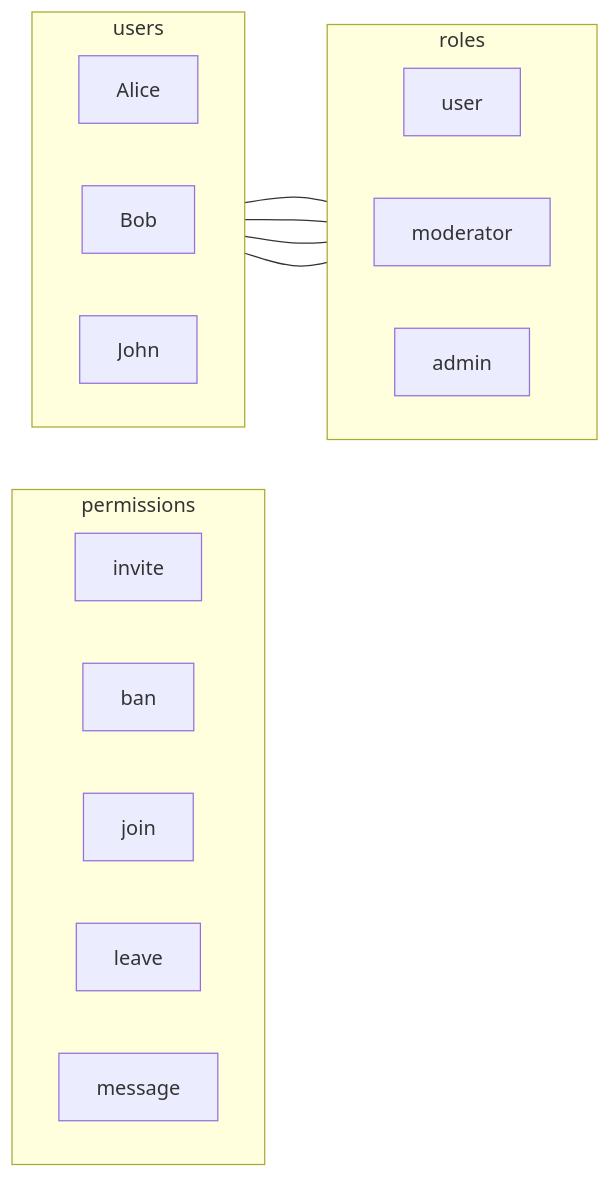
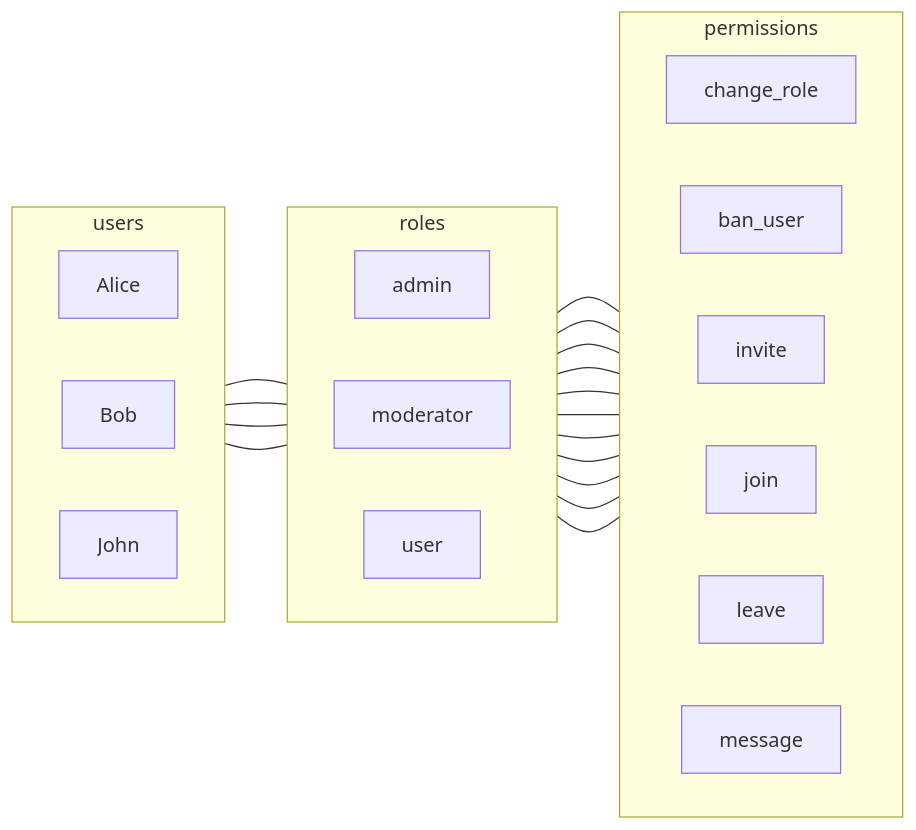
Before and after one commit to DigonIO/pypermission: the diagram in docs/diagrams/introduction_graph.mmd, drawn with Mermaid. The commit also changed 5 other files, not shown here.

Commit message:
extend documentation, theme and mermaid

```diff
--- a/docs/diagrams/introduction_graph.mmd
+++ b/docs/diagrams/introduction_graph.mmd
@@ -1,25 +1,28 @@
 flowchart LR
     subgraph permissions
         direction LR
+        change_role
+        ban_user
         invite
-        ban
         join
         leave
         message
     end
     subgraph roles
         direction LR
+        admin
+        moderator
         user
-        moderator
-        admin
     end
+        admin --- change_role
+        moderator & admin --- invite
+        moderator & admin --- ban_user
+        user & admin --- join
+        user & admin --- leave
+        user & admin --- message
     subgraph users
         direction LR
-        Alice
-        Bob
-        John
+        Alice --- admin
+        Bob --- moderator
+        John & Bob --- user
     end
-    Alice --- admin
-    Bob --- moderator
-    Bob --- user
-    John --- user
```
